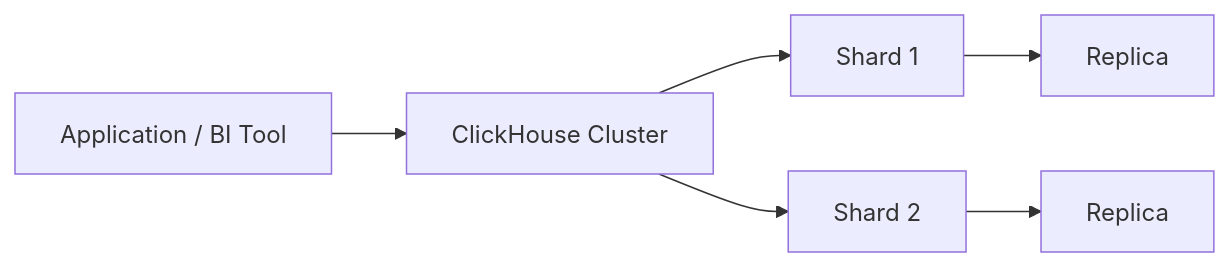
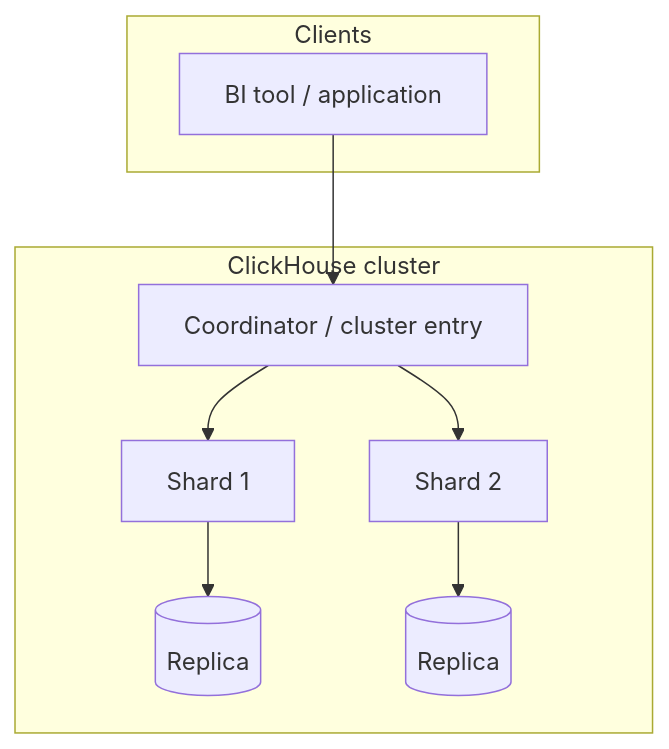
One commit to atingupta2005/clickhouse-grafana-analytics-reporting changed the tenth of 10 diagrams in sessions/01-architecture-and-data-modeling/notes.md. Above: the diagram before and after it, drawn with Mermaid. The commit also changed other lines of this file and 9 other files, not shown here.

First line of the commit message:
Add Session 01 colorful SVG diagrams and richer Mermaid.

````diff
--- a/sessions/01-architecture-and-data-modeling/notes.md
+++ b/sessions/01-architecture-and-data-modeling/notes.md
@@ -474,10 +550,16 @@
 ```mermaid
-flowchart LR
-    A[Application / BI Tool] --> B[ClickHouse Cluster]
+flowchart TB
+    subgraph Clients
+        A[BI tool / application]
+    end
 
-    B --> C[Shard 1]
-    B --> D[Shard 2]
+    subgraph Cluster["ClickHouse cluster"]
+        B[Coordinator / cluster entry]
+        B --> C[Shard 1]
+        B --> D[Shard 2]
+        C --> E[(Replica)]
+        D --> F[(Replica)]
+    end
 
-    C --> E[Replica]
-    D --> F[Replica]
+    A --> B
 ```
````
